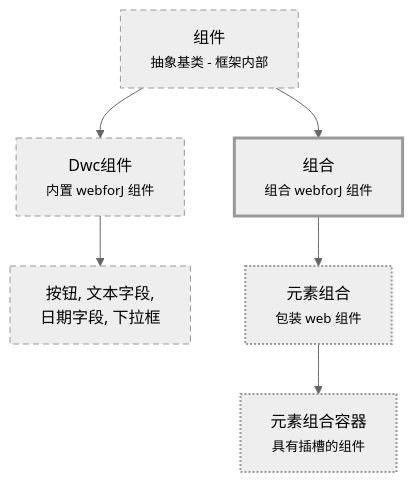
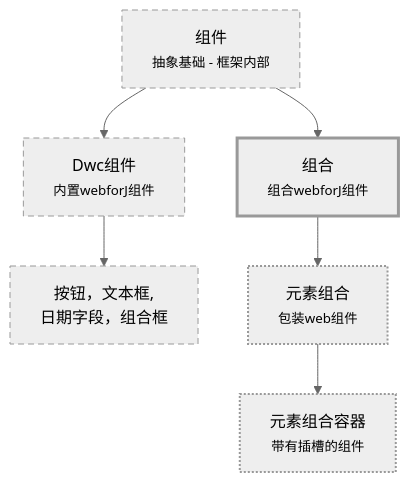
Before and after one commit to webforj/webforj-documentation: the diagram in docs/i18n/zh/docusaurus-plugin-content-docs/current/building-ui/component-fundamentals.md, drawn with Mermaid (neutral theme). The commit also changed other lines of this file and 23 other files, not shown here.

````diff
--- a/docs/i18n/zh/docusaurus-plugin-content-docs/current/building-ui/component-fundamentals.md
+++ b/docs/i18n/zh/docusaurus-plugin-content-docs/current/building-ui/component-fundamentals.md
@@ -52,19 +52,19 @@
 ```mermaid
 graph TD
-  A[组件<br/><small>抽象基类 - 框架内部</small>]
+  A[组件<br/><small>抽象基础 - 框架内部</small>]
   
-  A --> B[Dwc组件<br/><small>内置 webforJ 组件</small>]
-  A --> C[组合<br/><small>组合 webforJ 组件</small>]
+  A --> B[Dwc组件<br/><small>内置webforJ组件</small>]
+  A --> C[组合<br/><small>组合webforJ组件</small>]
   
-  B --> E[按钮, 文本字段,<br/>日期字段, 下拉框]
+  B --> E[按钮，文本框,<br/>日期字段，组合框]
   
-  C --> D[元素组合<br/><small>包装 web 组件</small>]
-  D --> F[元素组合容器<br/><small>具有插槽的组件</small>]
+  C --> D[元素组合<br/><small>包装web组件</small>]
+  D --> F[元素组合容器<br/><small>带有插槽的组件</small>]
 
   classDef internal stroke-dasharray:6 4,stroke-width:1px
   classDef primary stroke-width:3px
   classDef secondary stroke-width:2px,stroke-dasharray:2 2
   class A,B,E internal
   class C primary
   class D,F secondary
 ```
````
